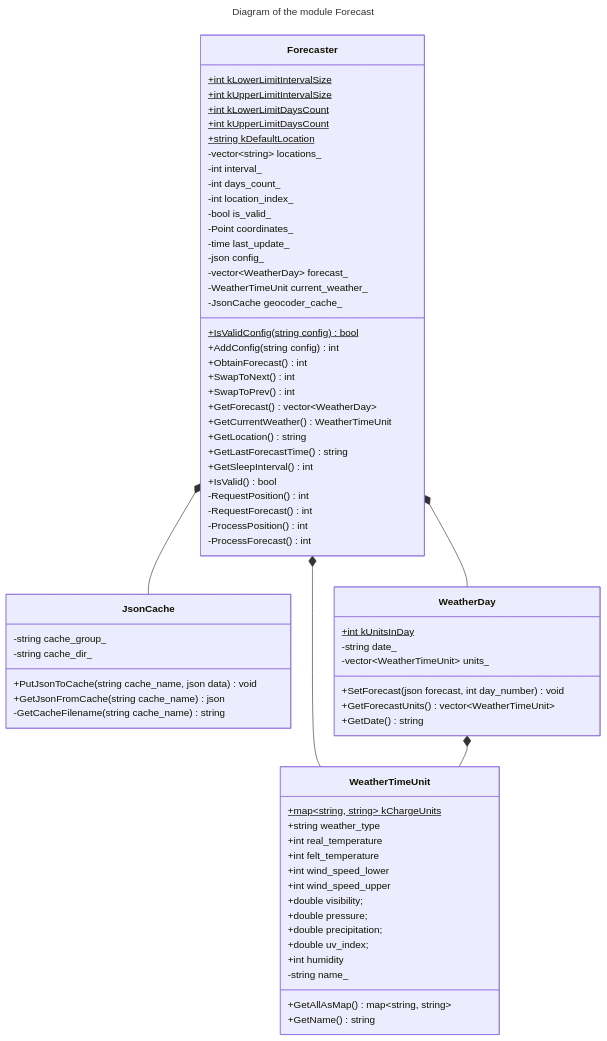
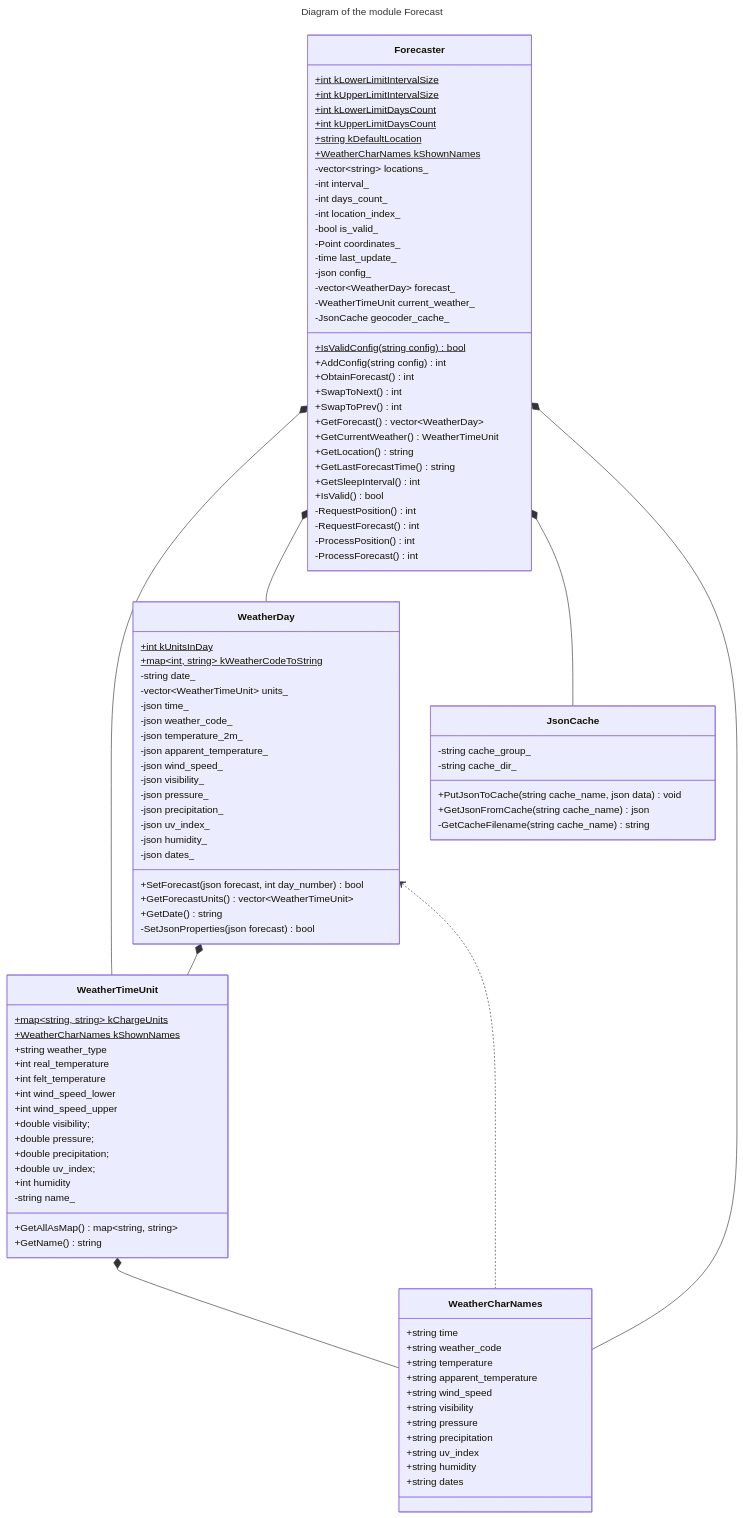
The third of 4 diagrams in docs/dev/architecture.md (bialger/weather-forecast), drawn with Mermaid before and after one commit.

Commit message:
Updated Forecaster UML Diagram

````diff
--- a/docs/dev/architecture.md
+++ b/docs/dev/architecture.md
@@ -117,6 +117,7 @@
     +int kLowerLimitDaysCount$
     +int kUpperLimitDaysCount$
     +string kDefaultLocation$
+    +WeatherCharNames kShownNames$
     -vector~string~ locations_
     -int interval_
     -int days_count_
@@ -153,14 +154,28 @@
   }
   class WeatherDay {
     +int kUnitsInDay$
+    +map~int, string~ kWeatherCodeToString$
     -string date_
     -vector~WeatherTimeUnit~ units_
-    +SetForecast(json forecast, int day_number) void
+    -json time_
+    -json weather_code_
+    -json temperature_2m_
+    -json apparent_temperature_
+    -json wind_speed_
+    -json visibility_
+    -json pressure_
+    -json precipitation_
+    -json uv_index_
+    -json humidity_
+    -json dates_
+    +SetForecast(json forecast, int day_number) bool
     +GetForecastUnits() vector~WeatherTimeUnit~
     +GetDate() string
+    -SetJsonProperties(json forecast) bool
   }
   class WeatherTimeUnit {
     +map~string, string~ kChargeUnits$
+    +WeatherCharNames kShownNames$
     +string weather_type
     +int real_temperature
     +int felt_temperature
@@ -175,8 +190,24 @@
     +GetAllAsMap() map~string, string~
     +GetName() string
   }
+  class WeatherCharNames {
+    +string time
+    +string weather_code
+    +string temperature
+    +string apparent_temperature
+    +string wind_speed
+    +string visibility
+    +string pressure
+    +string precipitation
+    +string uv_index
+    +string humidity
+    +string dates
+  }
+  Forecaster *-- WeatherTimeUnit
   Forecaster *-- WeatherDay
-  Forecaster *-- WeatherTimeUnit
   Forecaster *-- JsonCache
+  Forecaster *-- WeatherCharNames
   WeatherDay *-- WeatherTimeUnit
+  WeatherDay <.. WeatherCharNames
+  WeatherTimeUnit *-- WeatherCharNames
 ```
````
